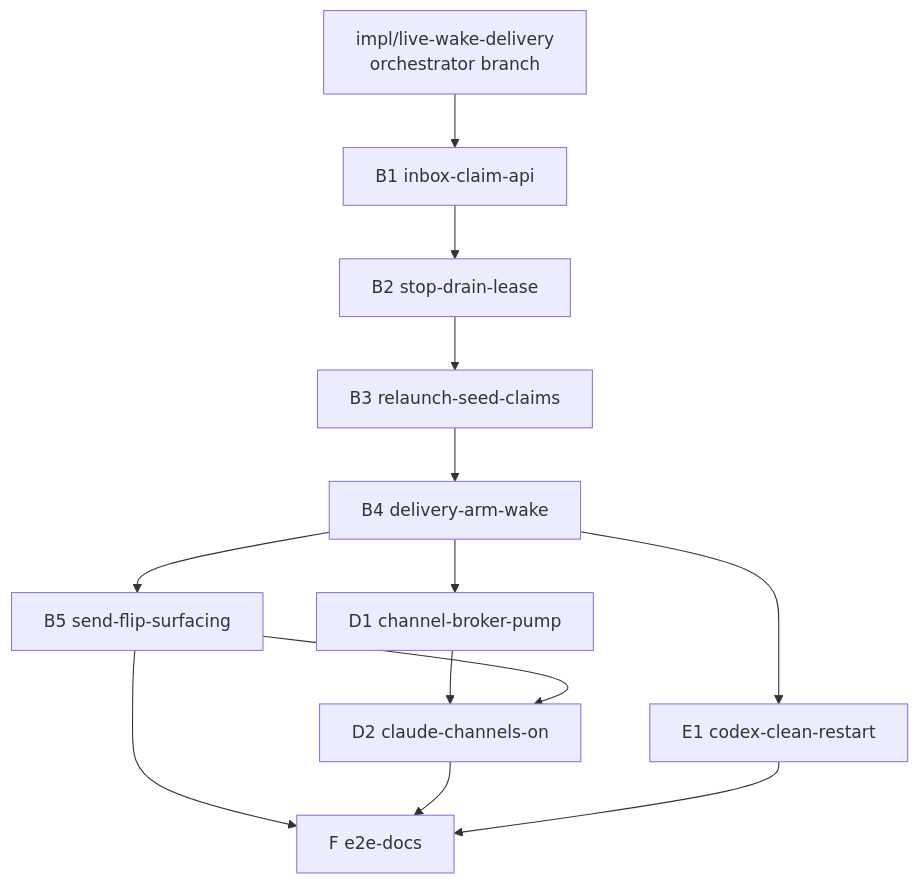
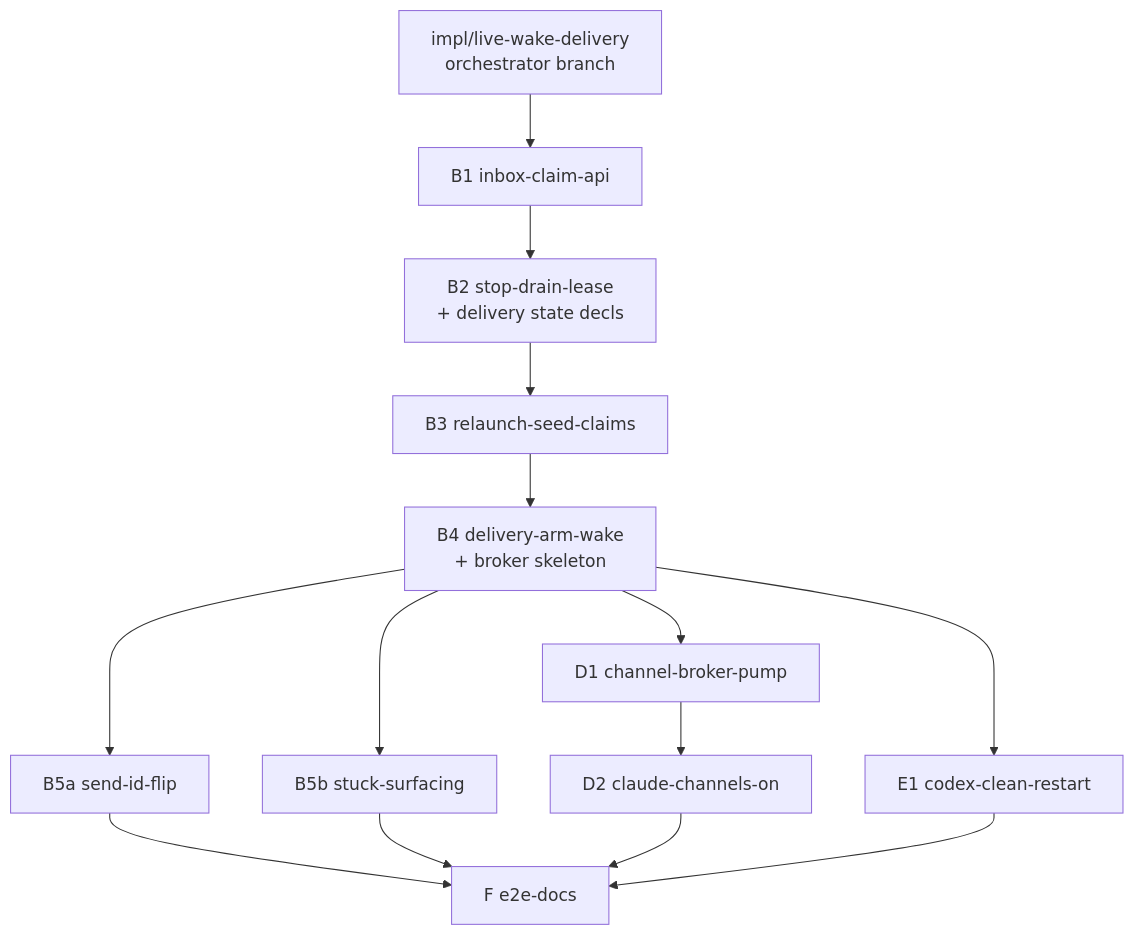
One commit to PeiAllen/claude-kanban changed the diagram in notes/designs/live-wake-delivery/05-pr-tree.md. Above: the diagram before and after it, drawn with Mermaid. The commit also changed other lines of this file and 4 other files, not shown here.

First line of the commit message:
design(live-wake-delivery): L3 gate round-1 fixes — first-reference PR splits, broker skeleton, bridge lib target, tracker one-shot

````diff
--- a/notes/designs/live-wake-delivery/05-pr-tree.md
+++ b/notes/designs/live-wake-delivery/05-pr-tree.md
@@ -47,15 +51,16 @@
 ```mermaid
 flowchart TD
   MAIN[impl/live-wake-delivery<br/>orchestrator branch] --> B1
-  B1[B1 inbox-claim-api] --> B2[B2 stop-drain-lease]
+  B1[B1 inbox-claim-api] --> B2[B2 stop-drain-lease<br/>+ delivery state decls]
   B2 --> B3[B3 relaunch-seed-claims]
-  B3 --> B4[B4 delivery-arm-wake]
-  B4 --> B5[B5 send-flip-surfacing]
+  B3 --> B4[B4 delivery-arm-wake<br/>+ broker skeleton]
+  B4 --> B5a[B5a send-id-flip]
+  B4 --> B5b[B5b stuck-surfacing]
   B4 --> D1[D1 channel-broker-pump]
   B4 --> E1[E1 codex-clean-restart]
   D1 --> D2[D2 claude-channels-on]
-  B5 --> D2
-  B5 --> F[F e2e-docs]
+  B5a --> F[F e2e-docs]
+  B5b --> F
   D2 --> F
   E1 --> F
 ```
````
